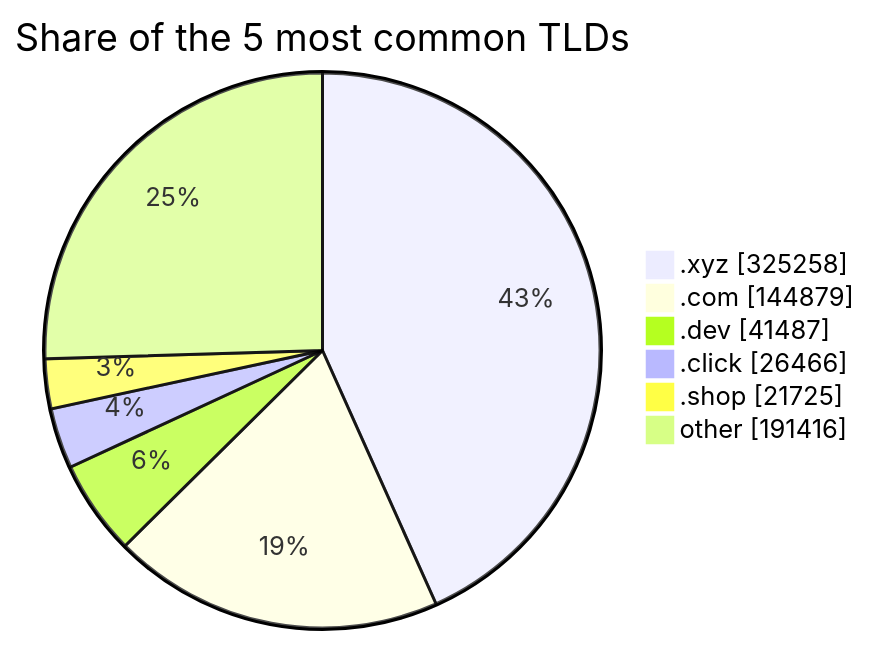
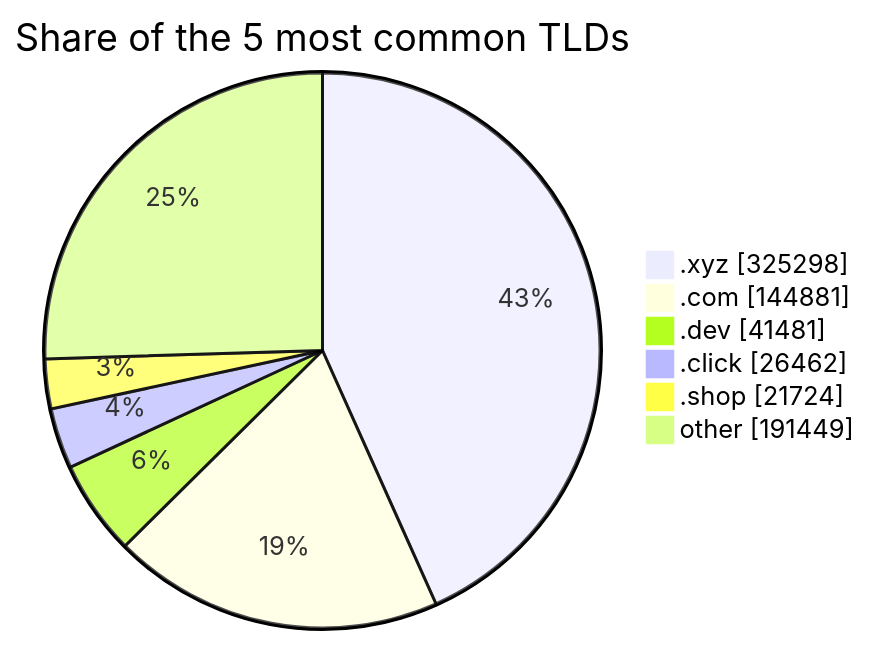
Before and after one commit to DNSBunker/CTI: the third of 3 diagrams in README.md, drawn with Mermaid. The commit also changed other lines of this file and 3 other files, not shown here.

````diff
--- a/README.md
+++ b/README.md
@@ -81,9 +81,9 @@
 ```mermaid
 pie showData title Share of the 5 most common TLDs
-    ".xyz" : 325258
-    ".com" : 144879
-    ".dev" : 41487
-    ".click" : 26466
-    ".shop" : 21725
-    "other" : 191416
+    ".xyz" : 325298
+    ".com" : 144881
+    ".dev" : 41481
+    ".click" : 26462
+    ".shop" : 21724
+    "other" : 191449
 ```
````
